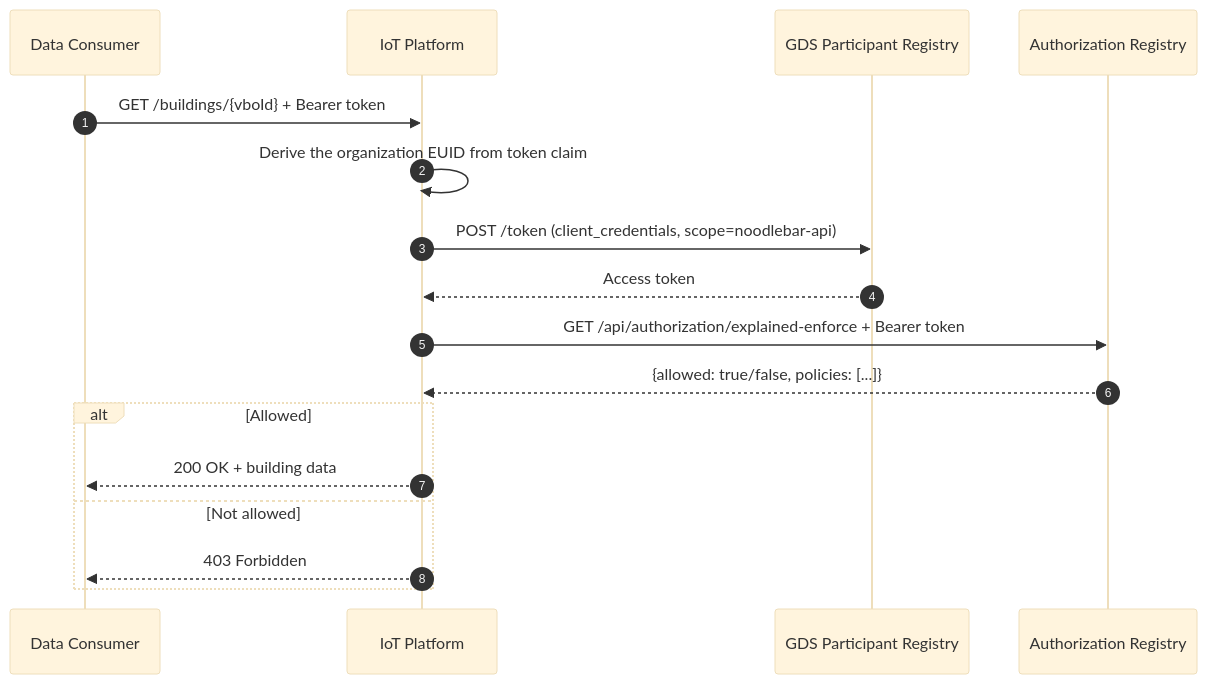
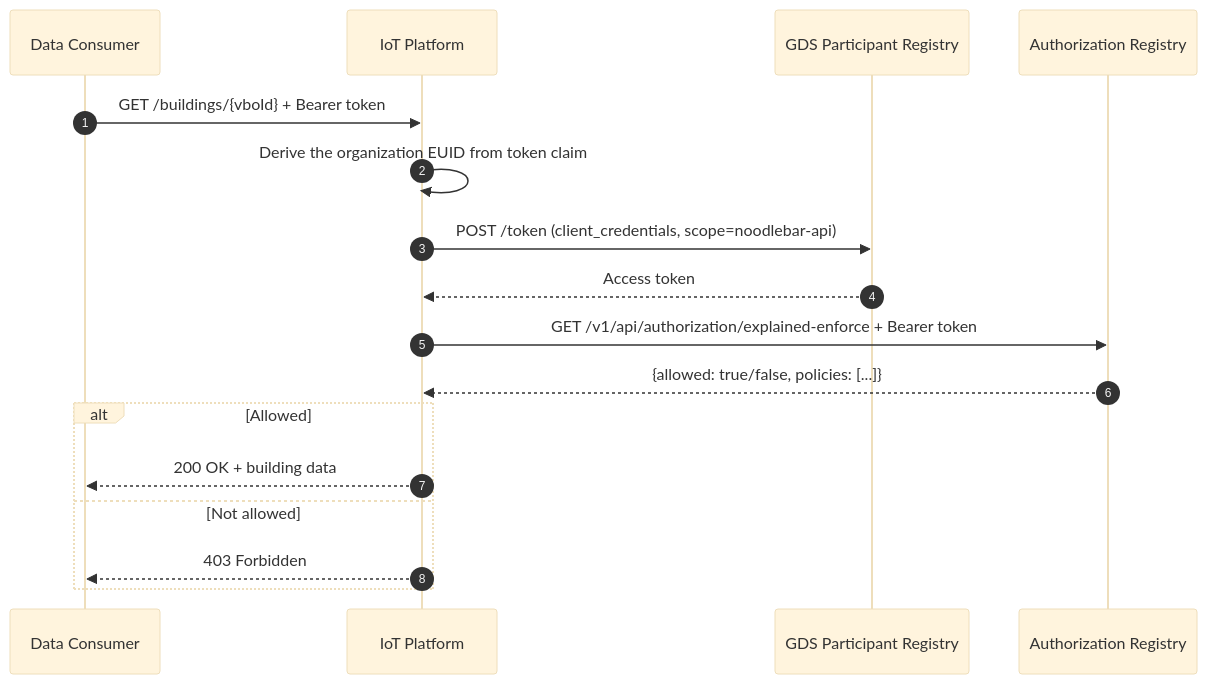
One commit to POORT8/Poort8.Docs changed the second of 2 diagrams in gds/architecture.md. Above: the diagram before and after it, drawn with Mermaid (base theme). The commit also changed other lines of this file and 1 other file, not shown here.

Commit message:
Deploy gds docs: 6e06a5beae272c72eed9c70ff3568d77f3adb193

````diff
--- a/gds/architecture.md
+++ b/gds/architecture.md
@@ -140,20 +140,20 @@
 ```mermaid
 sequenceDiagram
     autonumber
     participant David as Data Consumer
     participant Charlie as IoT Platform
     participant KC as GDS Participant Registry
     participant AR as Authorization Registry
 
     David->>Charlie: GET /buildings/{vboId} + Bearer token
     Charlie->>Charlie: Derive the organization EUID from token claim
     Charlie->>KC: POST /token (client_credentials, scope=noodlebar-api)
     KC-->>Charlie: Access token
-    Charlie->>AR: GET /api/authorization/explained-enforce + Bearer token
+    Charlie->>AR: GET /v1/api/authorization/explained-enforce + Bearer token
     AR-->>Charlie: {allowed: true/false, policies: [...]}
     alt Allowed
         Charlie-->>David: 200 OK + building data
     else Not allowed
         Charlie-->>David: 403 Forbidden
     end
 ```
````
